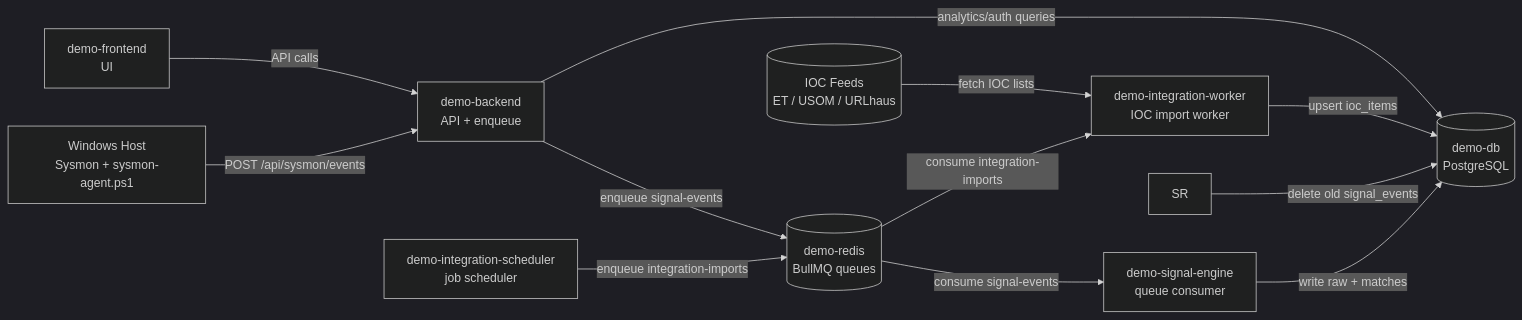
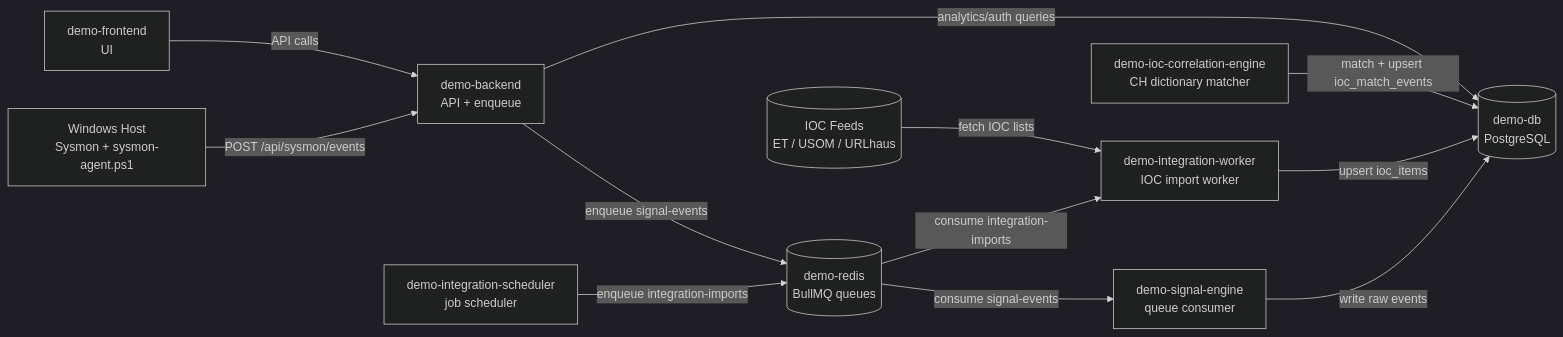
Before and after one commit to spatronn/TalonHound: the first of 2 diagrams in docs/system-diagram.md, drawn with Mermaid (dark theme). The commit also changed other lines of this file and 1 other file, not shown here.

Commit message:
docs(containers): document demo-ioc-correlation-engine responsibilities and ops

````diff
--- a/docs/system-diagram.md
+++ b/docs/system-diagram.md
@@ -5,27 +5,28 @@
 ```mermaid
 flowchart LR
     W[Windows Host\nSysmon + sysmon-agent.ps1]
     FE[demo-frontend\nUI]
     BE[demo-backend\nAPI + enqueue]
     R[(demo-redis\nBullMQ queues)]
     SE[demo-signal-engine\nqueue consumer]
+    ICE[demo-ioc-correlation-engine\nCH dictionary matcher]
     IS[demo-integration-scheduler\njob scheduler]
     IW[demo-integration-worker\nIOC import worker]
     DB[(demo-db\nPostgreSQL)]
     EXT[(IOC Feeds\nET / USOM / URLhaus)]
 
     W -->|POST /api/sysmon/events| BE
     FE -->|API calls| BE
 
     BE -->|enqueue signal-events| R
     R -->|consume signal-events| SE
-    SE -->|write raw + matches| DB
+    SE -->|write raw events| DB
+    ICE -->|match + upsert ioc_match_events| DB
 
     IS -->|enqueue integration-imports| R
     R -->|consume integration-imports| IW
     EXT -->|fetch IOC lists| IW
     IW -->|upsert ioc_items| DB
 
-    SR -->|delete old signal_events| DB
     BE -->|analytics/auth queries| DB
 ```
````
